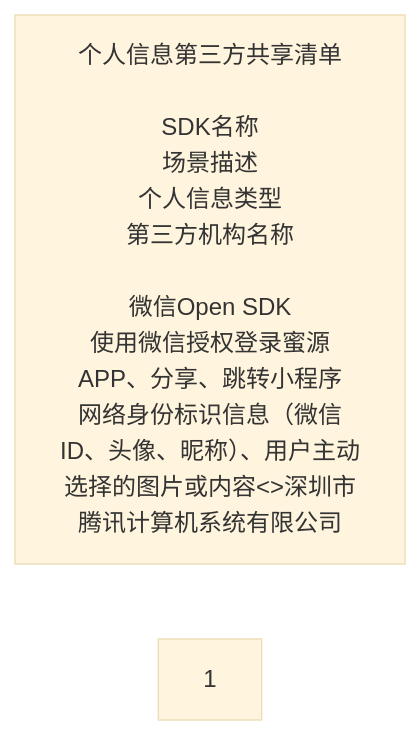
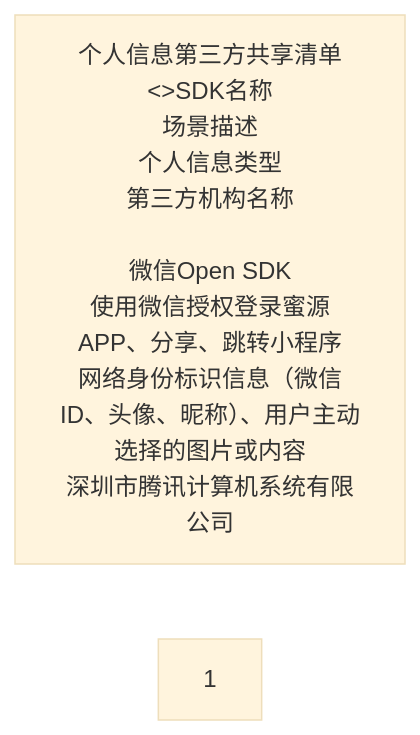
The diagram in all/未命名-5.md (milaLIAN/iodraw-files), drawn with Mermaid (base theme) before and after one commit.

Commit message:
2024-05-10 17:52:48 update

````diff
--- a/all/未命名-5.md
+++ b/all/未命名-5.md
@@ -1,7 +1,7 @@
 ```mermaid
 flowchart LR
 
-id1["个人信息第三方共享清单<br><br>SDK名称<br>场景描述<br>个人信息类型<br>第三方机构名称<br><br>微信Open SDK<br>使用微信授权登录蜜源APP、分享、跳转小程序<br>网络身份标识信息（微信ID、头像、昵称）、用户主动选择的图片或内容<>深圳市腾讯计算机系统有限公司"]
+id1["个人信息第三方共享清单<br><>SDK名称<br>场景描述<br>个人信息类型<br>第三方机构名称<br><br>微信Open SDK<br>使用微信授权登录蜜源APP、分享、跳转小程序<br>网络身份标识信息（微信ID、头像、昵称）、用户主动选择的图片或内容<br>深圳市腾讯计算机系统有限公司"]
 
 id2["1"]
 ```
````
